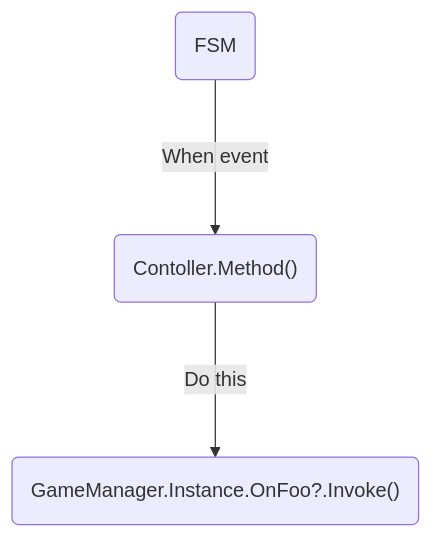
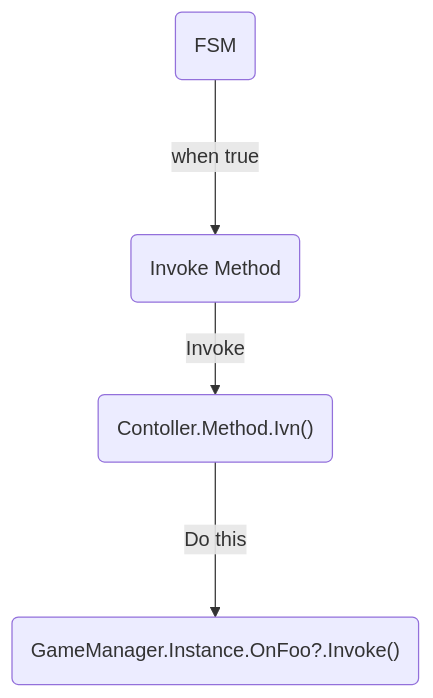
The diagram in README.md (gsg-jay/snippets), drawn with Mermaid before and after one commit.

````diff
--- a/README.md
+++ b/README.md
@@ -6,4 +6,4 @@
 ```mermaid
 graph TD;
-f("FSM")--->|When event|c("Contoller.Method()")--->|Do this|gm("GameManager.Instance.OnFoo?.Invoke()")
+f("FSM")--->|when true|i(Invoke Method)-->|Invoke|c("Contoller.Method.Ivn()")--->|Do this|gm("GameManager.Instance.OnFoo?.Invoke()")
 ```
````
